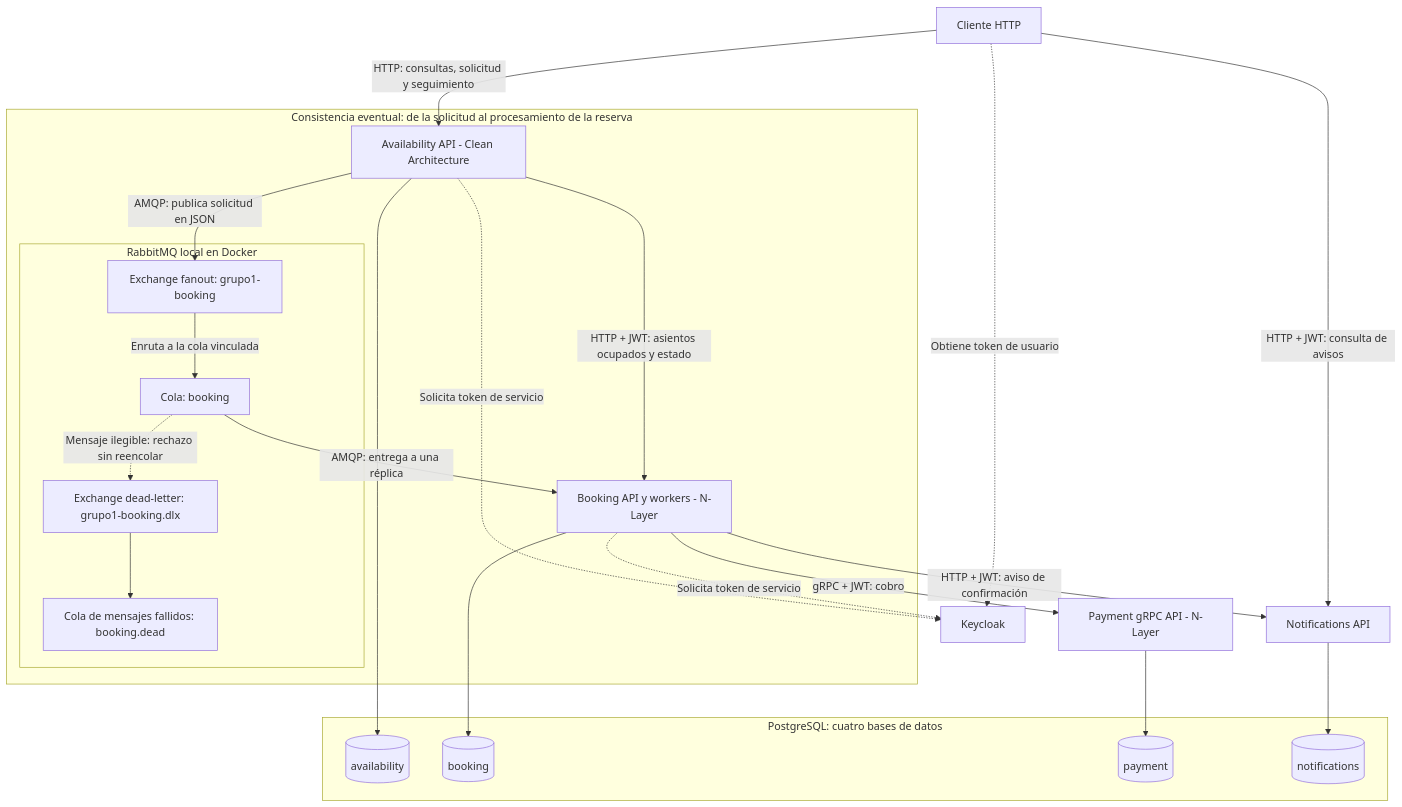
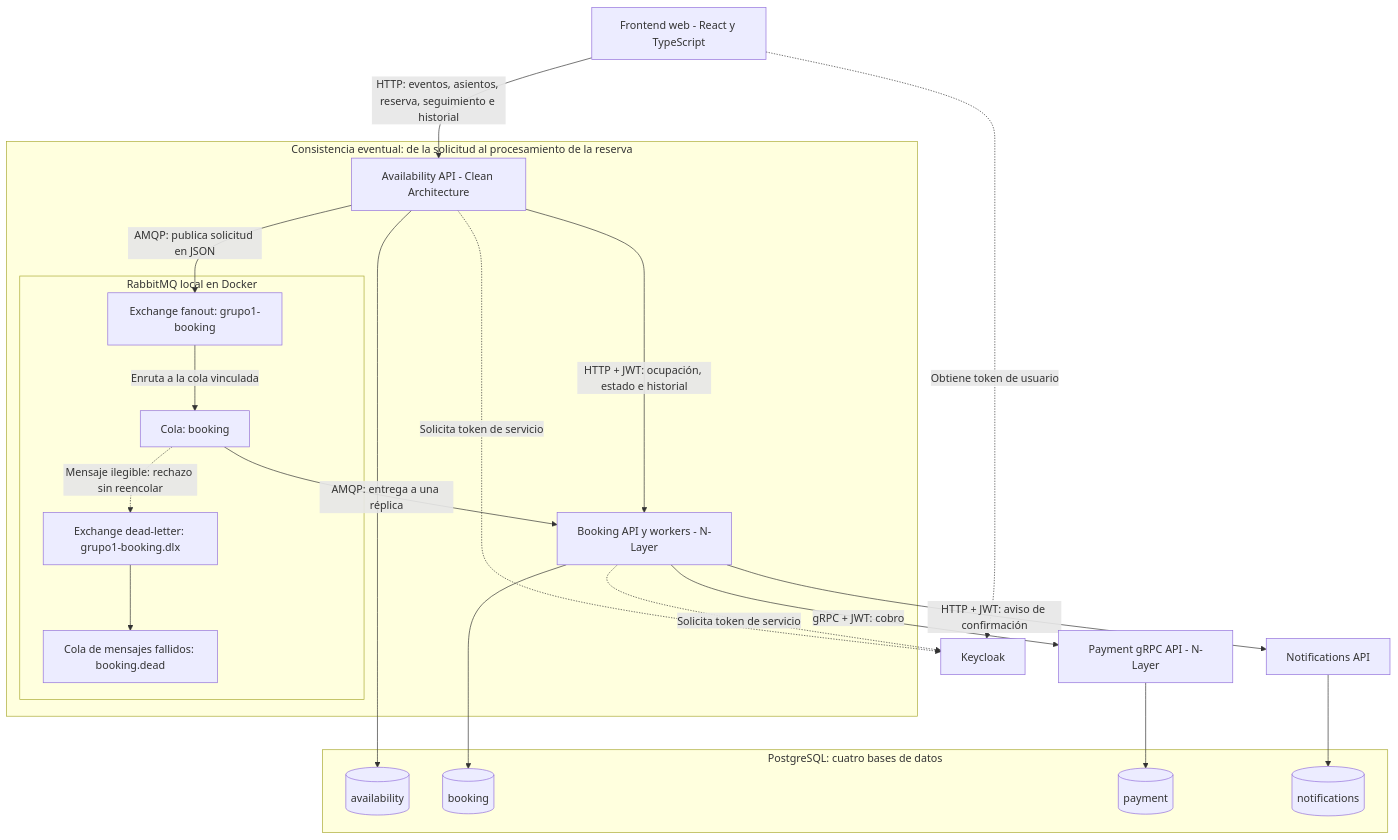
One commit to IgnacioKobylanski/ProgramacionIV-TP-Grupo-I changed the diagram in seat-reservation/docs/diagrama-general.md. Above: the diagram before and after it, drawn with Mermaid. The commit also changed other lines of this file, not shown here.

Commit message:
docs: actualizar diagrama general con frontend y RabbitMQ

````diff
--- a/seat-reservation/docs/diagrama-general.md
+++ b/seat-reservation/docs/diagrama-general.md
@@ -7,44 +7,43 @@
 ```mermaid
 flowchart TB
-    C["Cliente HTTP"]
+    C["Frontend web - React y TypeScript"]
     K["Keycloak"]
 
     subgraph CE["Consistencia eventual: de la solicitud al procesamiento de la reserva"]
         A["Availability API - Clean Architecture"]
         subgraph BUS["RabbitMQ local en Docker"]
             EX["Exchange fanout: grupo1-booking"]
             Q["Cola: booking"]
             DLX["Exchange dead-letter: grupo1-booking.dlx"]
             DQ["Cola de mensajes fallidos: booking.dead"]
             EX -->|"Enruta a la cola vinculada"| Q
             Q -.->|"Mensaje ilegible: rechazo sin reencolar"| DLX
             DLX --> DQ
         end
         B["Booking API y workers - N-Layer"]
         A -->|"AMQP: publica solicitud en JSON"| EX
         Q -->|"AMQP: entrega a una réplica"| B
     end
 
     P["Payment gRPC API - N-Layer"]
     N["Notifications API"]
 
     subgraph PG["PostgreSQL: cuatro bases de datos"]
         DA[(availability)]
         DB[(booking)]
         DP[(payment)]
         DN[(notifications)]
     end
 
-    C -->|"HTTP: consultas, solicitud y seguimiento"| A
-    C -->|"HTTP + JWT: consulta de avisos"| N
+    C -->|"HTTP: eventos, asientos, reserva, seguimiento e historial"| A
     C -.->|"Obtiene token de usuario"| K
-    A -->|"HTTP + JWT: asientos ocupados y estado"| B
+    A -->|"HTTP + JWT: ocupación, estado e historial"| B
     B -->|"gRPC + JWT: cobro"| P
     B -->|"HTTP + JWT: aviso de confirmación"| N
     A -.->|"Solicita token de servicio"| K
     B -.->|"Solicita token de servicio"| K
     A --> DA
     B --> DB
     P --> DP
     N --> DN
 ```
````
